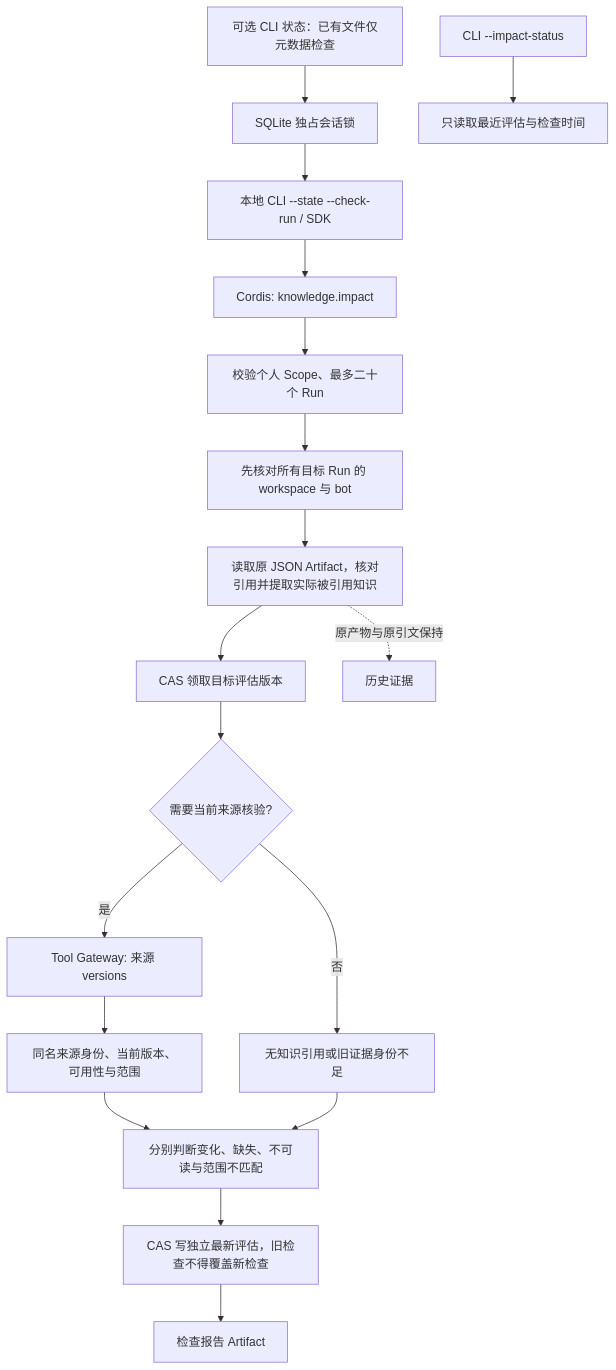
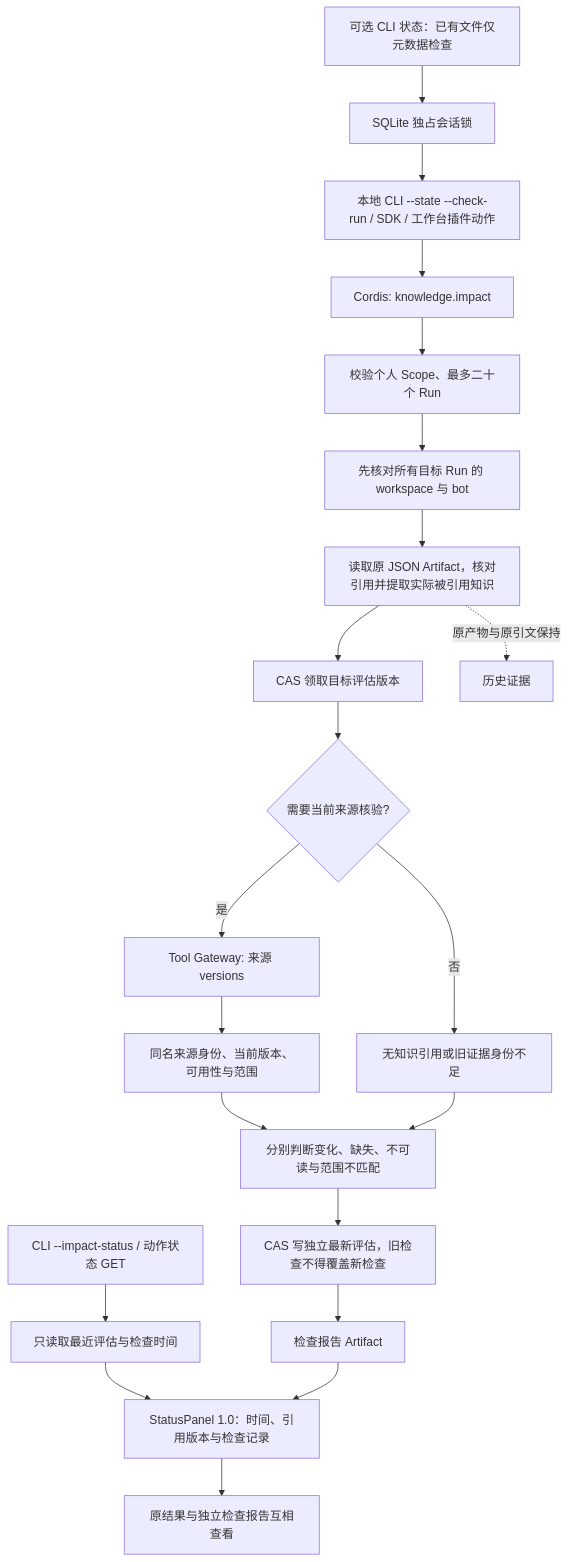
The diagram in backend/src/knowledge/impact/FEATURE.md (KlayPeter/AI-Delivery-Ops-Agent), drawn with Mermaid before and after one commit. The commit also changed other lines of this file and 34 other files, not shown here.

Commit message:
feat: expose plugin-owned run actions and knowledge citation reviews

````diff
--- a/backend/src/knowledge/impact/FEATURE.md
+++ b/backend/src/knowledge/impact/FEATURE.md
@@ -22,20 +22,23 @@
 ```mermaid
 flowchart TD
     FS[可选 CLI 状态：已有文件仅元数据检查] --> LK[SQLite 独占会话锁]
     LK --> U
-    U[本地 CLI --state --check-run / SDK] --> P[Cordis: knowledge.impact]
+    U[本地 CLI --state --check-run / SDK / 工作台插件动作] --> P[Cordis: knowledge.impact]
     P --> V[校验个人 Scope、最多二十个 Run]
     V --> R[先核对所有目标 Run 的 workspace 与 bot]
     R --> A[读取原 JSON Artifact，核对引用并提取实际被引用知识]
     A --> B[CAS 领取目标评估版本]
     B --> S{需要当前来源核验?}
     S -- 否 --> N[无知识引用或旧证据身份不足]
     S -- 是 --> T[Tool Gateway: 来源 versions]
     T --> C[同名来源身份、当前版本、可用性与范围]
     C --> O[分别判断变化、缺失、不可读与范围不匹配]
     N --> O
     O --> G[CAS 写独立最新评估，旧检查不得覆盖新检查]
     G --> J[检查报告 Artifact]
     A -. 原产物与原引文保持 .-> H[历史证据]
-    L[CLI --impact-status] --> K[只读取最近评估与检查时间]
+    L[CLI --impact-status / 动作状态 GET] --> K[只读取最近评估与检查时间]
+    K --> PANEL[StatusPanel 1.0：时间、引用版本与检查记录]
+    J --> PANEL
+    PANEL --> NAV[原结果与独立检查报告互相查看]
 ```
````
